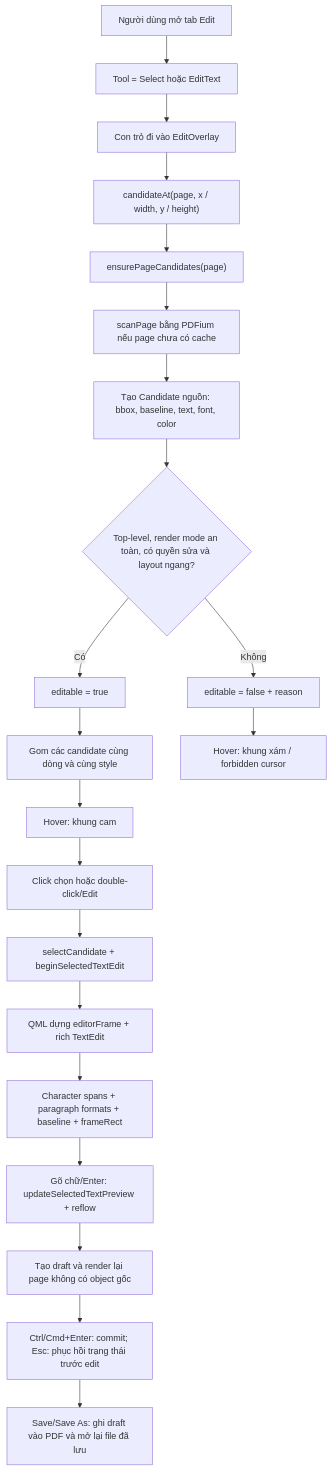
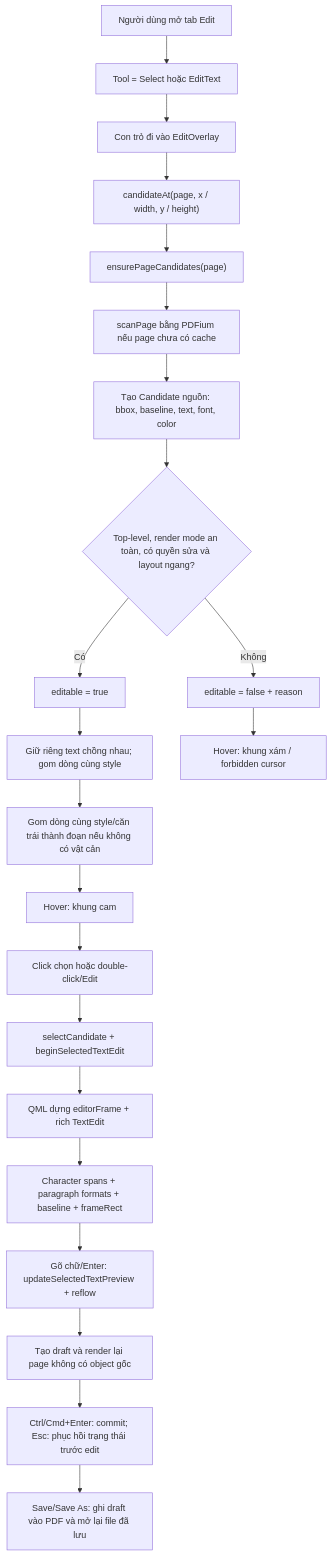
Before and after one commit to RaymondHuy/TrePDF: the diagram in docs/text-editing-pipeline.md, drawn with Mermaid. The commit also changed other lines of this file and 5 other files, not shown here.

````diff
--- a/docs/text-editing-pipeline.md
+++ b/docs/text-editing-pipeline.md
@@ -25,23 +25,24 @@
 ```mermaid
 flowchart TD
     A["Người dùng mở tab Edit"] --> B["Tool = Select hoặc EditText"]
     B --> C["Con trỏ đi vào EditOverlay"]
     C --> D["candidateAt(page, x / width, y / height)"]
     D --> E["ensurePageCandidates(page)"]
     E --> F["scanPage bằng PDFium nếu page chưa có cache"]
     F --> G["Tạo Candidate nguồn: bbox, baseline, text, font, color"]
     G --> H{"Top-level, render mode an toàn, có quyền sửa và layout ngang?"}
     H -- Có --> I["editable = true"]
     H -- Không --> J["editable = false + reason"]
-    I --> IA["Gom các candidate cùng dòng và cùng style"]
-    IA --> K["Hover: khung cam"]
+    I --> IA["Giữ riêng text chồng nhau; gom dòng cùng style"]
+    IA --> IB["Gom dòng cùng style/căn trái thành đoạn nếu không có vật cản"]
+    IB --> K["Hover: khung cam"]
     J --> L["Hover: khung xám / forbidden cursor"]
     K --> M["Click chọn hoặc double-click/Edit"]
     M --> N["selectCandidate + beginSelectedTextEdit"]
     N --> O["QML dựng editorFrame + rich TextEdit"]
     O --> P["Character spans + paragraph formats + baseline + frameRect"]
     P --> Q["Gõ chữ/Enter: updateSelectedTextPreview + reflow"]
     Q --> R["Tạo draft và render lại page không có object gốc"]
     R --> S["Ctrl/Cmd+Enter: commit; Esc: phục hồi trạng thái trước edit"]
     S --> T["Save/Save As: ghi draft vào PDF và mở lại file đã lưu"]
 ```
````
